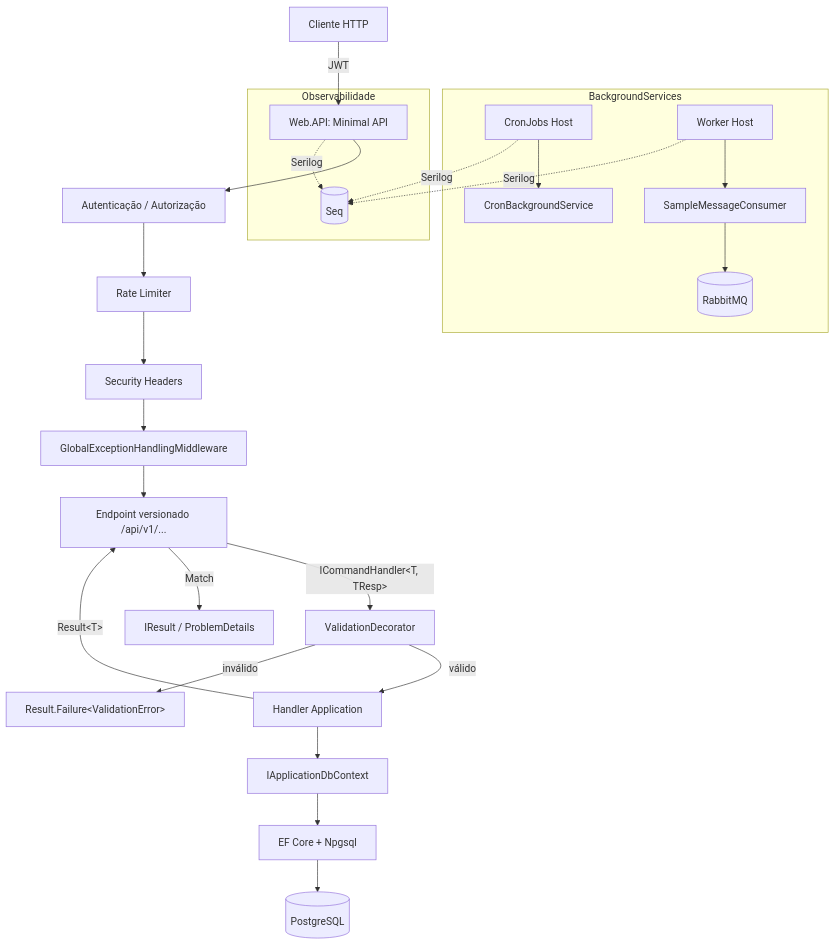
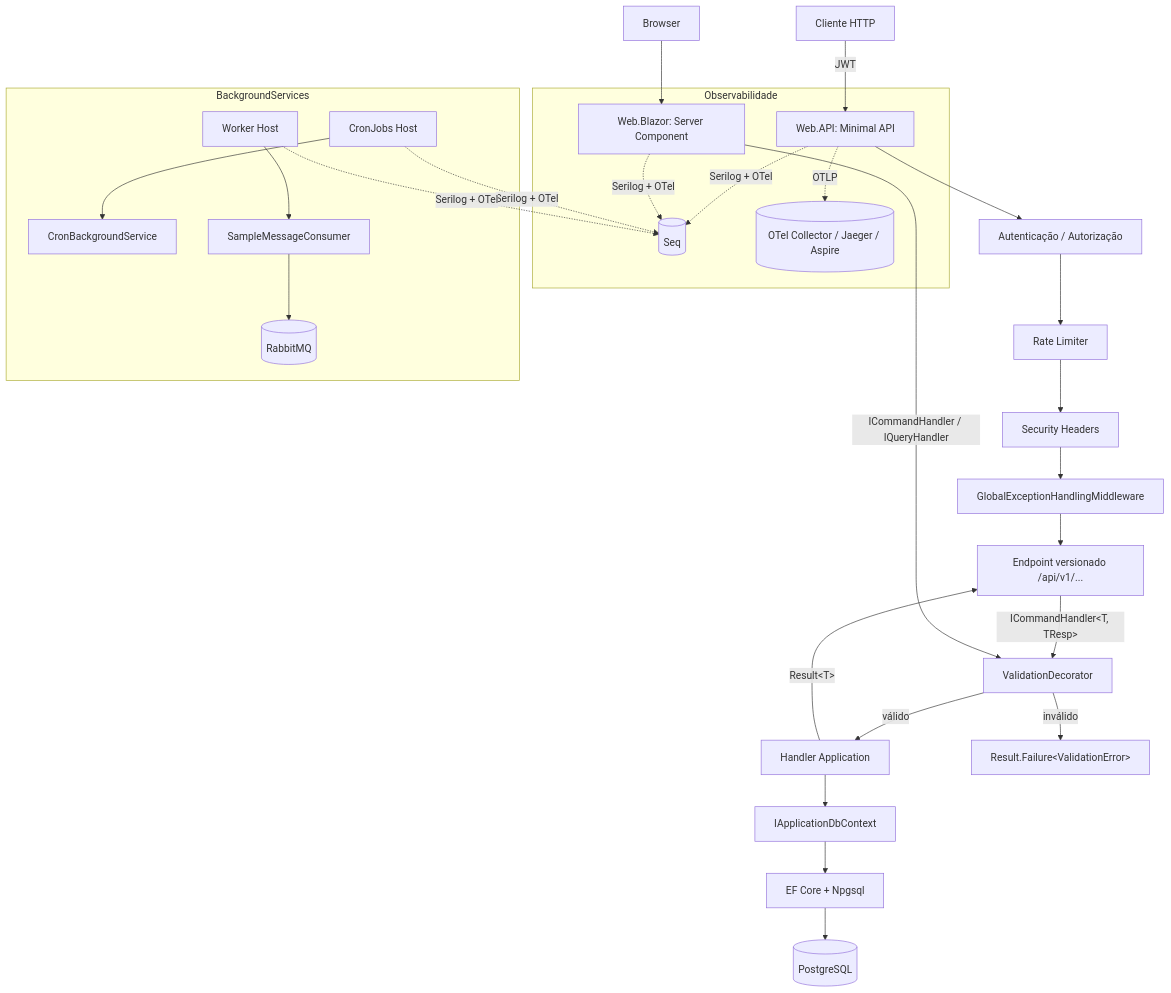
One commit to DiegoModesto/scaffold-backend changed the third of 4 diagrams in README.md. Above: the diagram before and after it, drawn with Mermaid. The commit also changed other lines of this file and 131 other files, not shown here.

````diff
--- a/README.md
+++ b/README.md
@@ -333,29 +387,32 @@
 ```mermaid
 flowchart TD
     Client[Cliente HTTP] -->|JWT| API[Web.API: Minimal API]
+    Browser[Browser] --> Blazor[Web.Blazor: Server Component]
     API --> Auth[Autenticação / Autorização]
     Auth --> Rate[Rate Limiter]
     Rate --> Headers[Security Headers]
     Headers --> Exc[GlobalExceptionHandlingMiddleware]
     Exc --> Endpoint[Endpoint versionado /api/v1/...]
     Endpoint -->|ICommandHandler&lt;T, TResp&gt;| Decorator[ValidationDecorator]
+    Blazor -->|ICommandHandler / IQueryHandler| Decorator
     Decorator -->|válido| Handler[Handler Application]
     Decorator -->|inválido| ValidationErr[Result.Failure&lt;ValidationError&gt;]
     Handler --> DbCtx[IApplicationDbContext]
     DbCtx --> EF[EF Core + Npgsql]
     EF --> PG[(PostgreSQL)]
     Handler -->|Result&lt;T&gt;| Endpoint
-    Endpoint -->|Match| Response[IResult / ProblemDetails]
 
     subgraph BackgroundServices
       Cron[CronJobs Host] --> CronSvc[CronBackgroundService]
       WorkerHost[Worker Host] --> MQ[SampleMessageConsumer]
       MQ --> RMQ[(RabbitMQ)]
     end
 
     subgraph Observabilidade
-      API -. Serilog .-> Seq[(Seq)]
-      Cron -. Serilog .-> Seq
-      WorkerHost -. Serilog .-> Seq
+      API -. Serilog + OTel .-> Seq[(Seq)]
+      Blazor -. Serilog + OTel .-> Seq
+      Cron -. Serilog + OTel .-> Seq
+      WorkerHost -. Serilog + OTel .-> Seq
+      API -. OTLP .-> OTelCol[(OTel Collector / Jaeger / Aspire)]
     end
 ```
````
